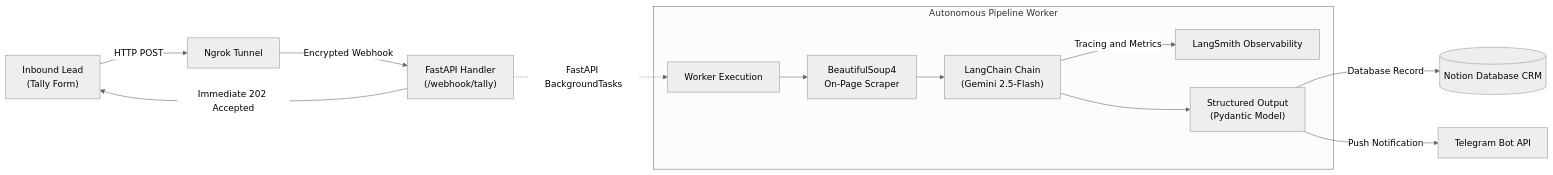
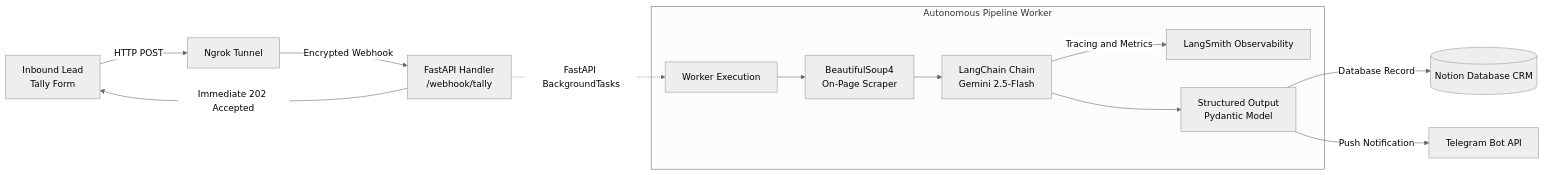
One commit to FauzanV/ai-seo-automation-engine changed the diagram in README.md. Above: the diagram before and after it, drawn with Mermaid (neutral theme).

Commit message:
fix: sanitize mermaid diagram syntax for GitHub renderer

````diff
--- a/README.md
+++ b/README.md
@@ -11,17 +11,17 @@
 ```mermaid
 flowchart LR
-    A["Inbound Lead<br/>(Tally Form)"] -->|HTTP POST| B["Ngrok Tunnel"]
-    B -->|Encrypted Webhook| C["FastAPI Handler<br/>(/webhook/tally)"]
+    A["Inbound Lead<br/>Tally Form"] -->|HTTP POST| B["Ngrok Tunnel"]
+    B -->|Encrypted Webhook| C["FastAPI Handler<br/>/webhook/tally"]
     C -->|Immediate 202 Accepted| A
-    C -. "FastAPI BackgroundTasks" .-> D["Worker Execution"]
+    C -.->|FastAPI BackgroundTasks| D["Worker Execution"]
 
     subgraph Pipeline ["Autonomous Pipeline Worker"]
         D --> E["BeautifulSoup4<br/>On-Page Scraper"]
-        E --> F["LangChain Chain<br/>(Gemini 2.5-Flash)"]
-        F -->|"Tracing and Metrics"| G["LangSmith Observability"]
-        F --> H["Structured Output<br/>(Pydantic Model)"]
+        E --> F["LangChain Chain<br/>Gemini 2.5-Flash"]
+        F -->|Tracing and Metrics| G["LangSmith Observability"]
+        F --> H["Structured Output<br/>Pydantic Model"]
     end
 
-    H -->|Database Record| I[("Notion Database CRM")]
+    H -->|Database Record| I[(Notion Database CRM)]
     H -->|Push Notification| J["Telegram Bot API"]
 ```
````
